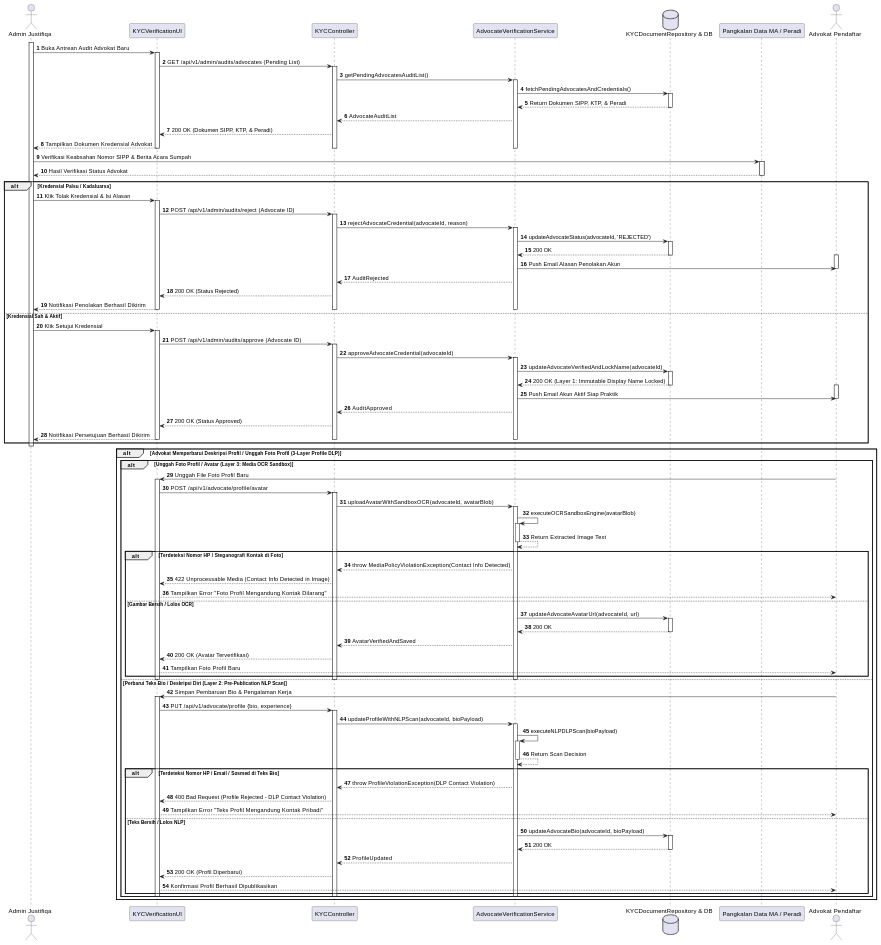
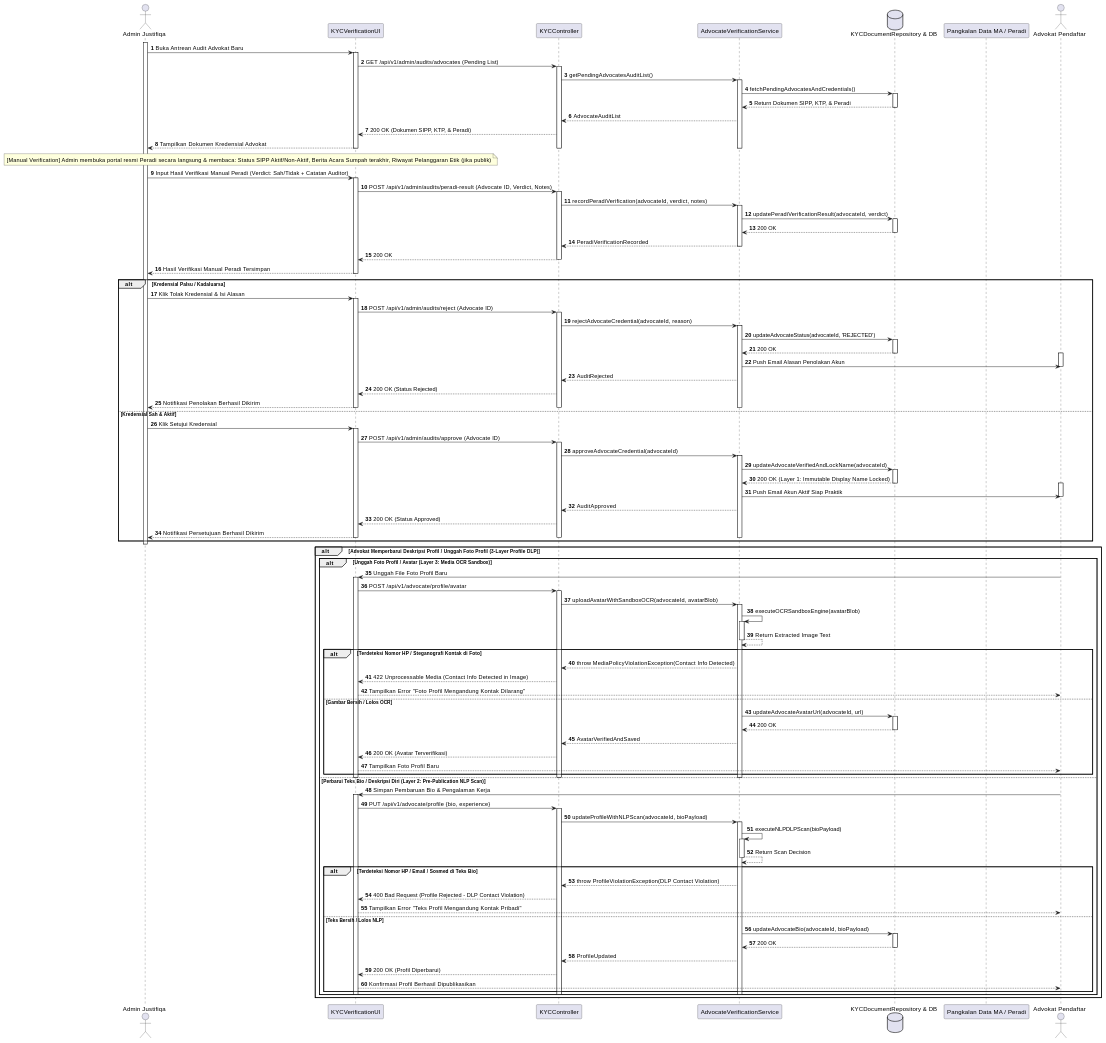
The ninth of 30 diagrams in MarkDown/plantuml_sequence_diagrams.md (tupperwureism/SuperApp-Gagal), drawn with PlantUML before and after one commit. The commit also changed other lines of this file and 2 other files, not shown here.

Commit message:
docs(architecture): separate target diagrams from implementation status

```diff
--- a/MarkDown/plantuml_sequence_diagrams.md
+++ b/MarkDown/plantuml_sequence_diagrams.md
@@ -1127,8 +1189,20 @@
 deactivate CTRL
 deactivate FE
 
-Admin -> Peradi ++ : Verifikasi Keabsahan Nomor SIPP & Berita Acara Sumpah
-Peradi --> Admin -- : Hasil Verifikasi Status Advokat
+note over Admin, FE : [Manual Verification] Admin membuka portal resmi Peradi secara langsung & membaca: Status SIPP Aktif/Non-Aktif, Berita Acara Sumpah terakhir, Riwayat Pelanggaran Etik (jika publik)
+Admin -> FE ++ : Input Hasil Verifikasi Manual Peradi (Verdict: Sah/Tidak + Catatan Auditor)
+FE -> CTRL ++ : POST /api/v1/admin/audits/peradi-result (Advocate ID, Verdict, Notes)
+CTRL -> SVC ++ : recordPeradiVerification(advocateId, verdict, notes)
+SVC -> REPO : updatePeradiVerificationResult(advocateId, verdict)
+activate REPO
+REPO --> SVC : 200 OK
+deactivate REPO
+SVC --> CTRL : PeradiVerificationRecorded
+deactivate SVC
+CTRL --> FE : 200 OK
+deactivate CTRL
+FE --> Admin : Hasil Verifikasi Manual Peradi Tersimpan
+deactivate FE
 
 alt Kredensial Palsu / Kadaluarsa
     Admin -> FE ++ : Klik Tolak Kredensial & Isi Alasan
```
